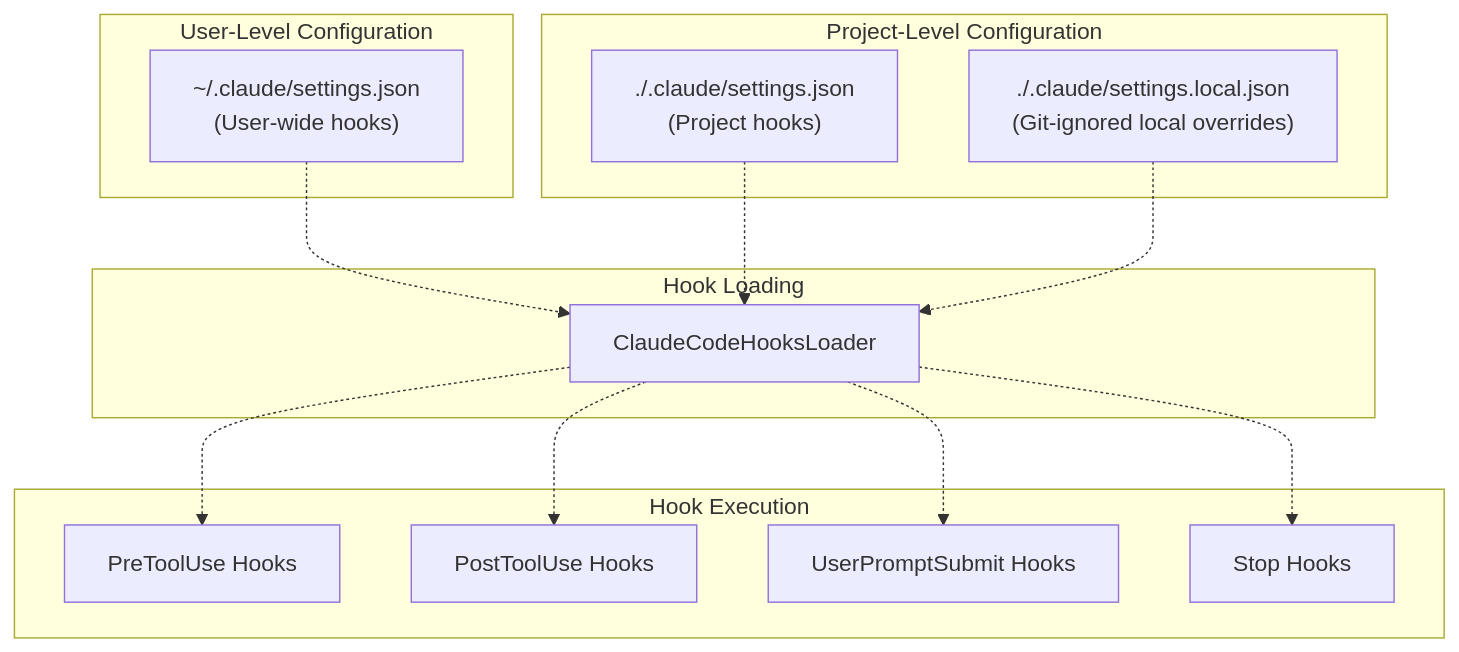
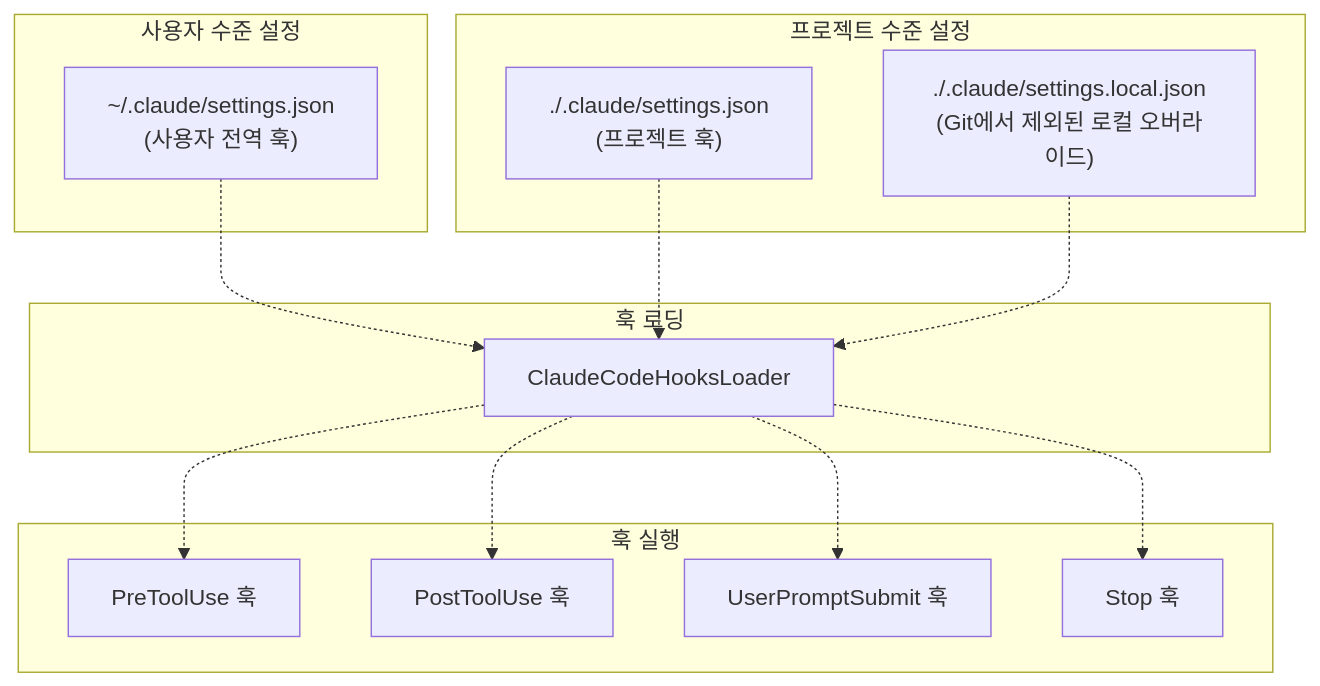
Before and after one commit to felipetruman/oh-my-opencode-docs: the first of 4 diagrams in docs/compatibility/hooks-integration.md, drawn with Mermaid. The commit also changed other lines of this file and 76 other files, not shown here.

````diff
--- a/docs/compatibility/hooks-integration.md
+++ b/docs/compatibility/hooks-integration.md
@@ -48,40 +48,40 @@
 ```mermaid
 flowchart TD
 
-UserSettings["~/.claude/settings.json<br>(User-wide hooks)"]
-ProjectSettings["./.claude/settings.json<br>(Project hooks)"]
-LocalSettings["./.claude/settings.local.json<br>(Git-ignored local overrides)"]
+UserSettings["~/.claude/settings.json<br>(사용자 전역 훅)"]
+ProjectSettings["./.claude/settings.json<br>(프로젝트 훅)"]
+LocalSettings["./.claude/settings.local.json<br>(Git에서 제외된 로컬 오버라이드)"]
 Loader["ClaudeCodeHooksLoader"]
-PreTool["PreToolUse Hooks"]
-PostTool["PostToolUse Hooks"]
-PromptSubmit["UserPromptSubmit Hooks"]
-Stop["Stop Hooks"]
+PreTool["PreToolUse 훅"]
+PostTool["PostToolUse 훅"]
+PromptSubmit["UserPromptSubmit 훅"]
+Stop["Stop 훅"]
 
 UserSettings -.-> Loader
 ProjectSettings -.-> Loader
 LocalSettings -.-> Loader
 Loader -.-> PreTool
 Loader -.-> PostTool
 Loader -.-> PromptSubmit
 Loader -.-> Stop
 
-subgraph subGraph3 ["Hook Execution"]
+subgraph subGraph3 ["훅 실행"]
     PreTool
     PostTool
     PromptSubmit
     Stop
 end
 
-subgraph subGraph2 ["Hook Loading"]
+subgraph subGraph2 ["훅 로딩"]
     Loader
 end
 
-subgraph subGraph1 ["Project-Level Configuration"]
+subgraph subGraph1 ["프로젝트 수준 설정"]
     ProjectSettings
     LocalSettings
 end
 
-subgraph subGraph0 ["User-Level Configuration"]
+subgraph subGraph0 ["사용자 수준 설정"]
     UserSettings
 end
 ```
````
